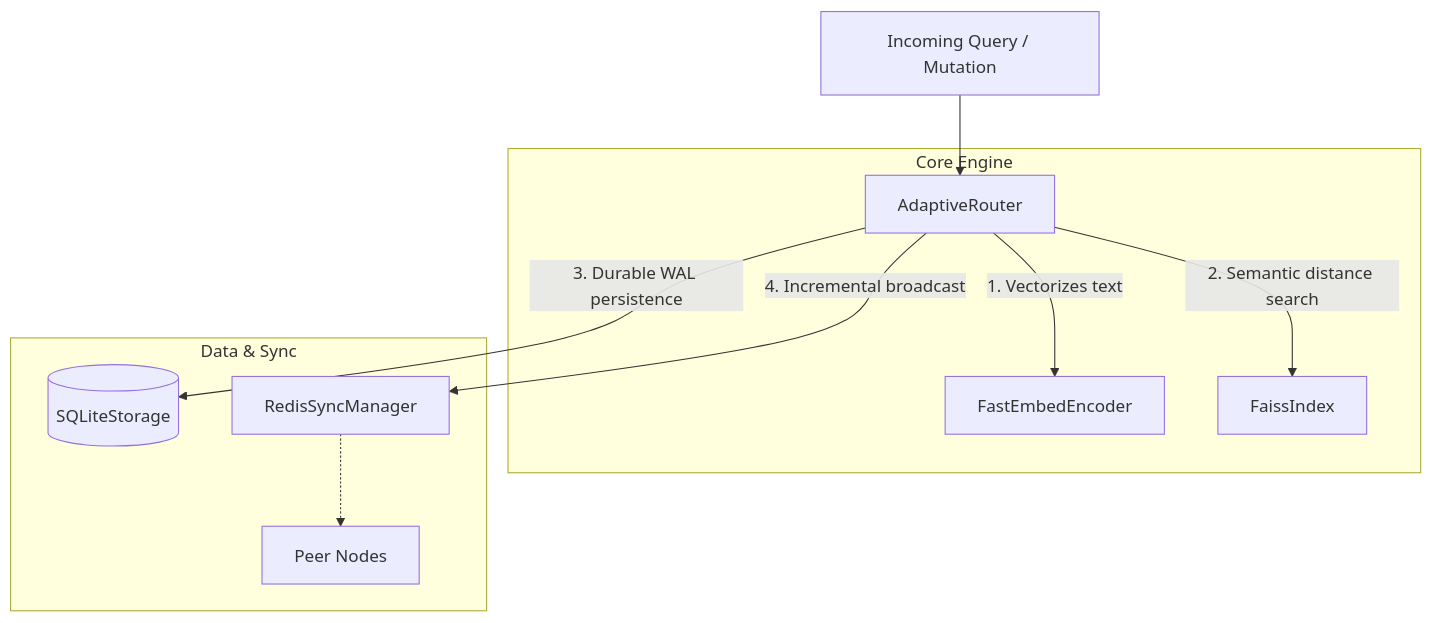
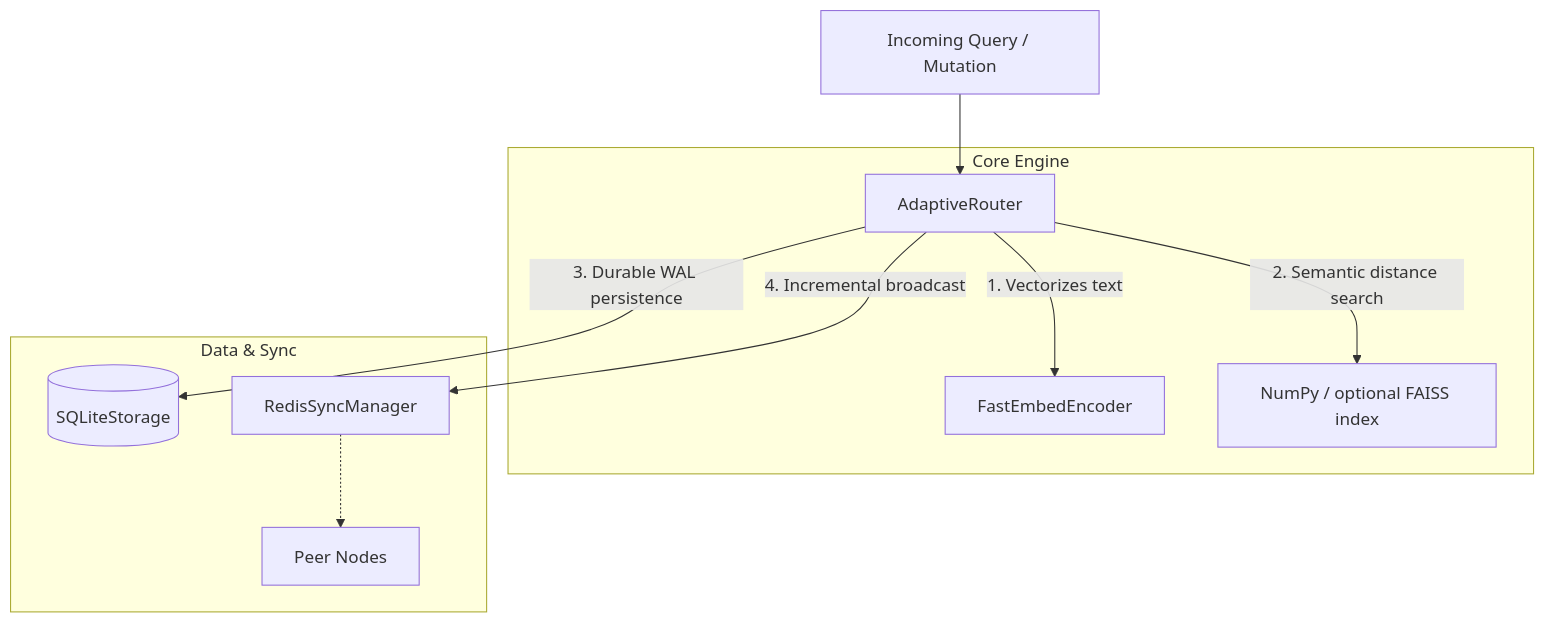
Before and after one commit to sitanshukr08/SynaptoRoute: the diagram in README.md, drawn with Mermaid. The commit also changed other lines of this file and 6 other files, not shown here.

````diff
--- a/README.md
+++ b/README.md
@@ -34,15 +35,15 @@
 ```mermaid
 graph TD
     Client["Incoming Query / Mutation"] --> Router["AdaptiveRouter"]
     
     subgraph Core Engine
         Router -- "1. Vectorizes text" --> Encoder["FastEmbedEncoder"]
-        Router -- "2. Semantic distance search" --> Index["FaissIndex"]
+        Router -- "2. Semantic distance search" --> Index["NumPy / optional FAISS index"]
     end
     
     subgraph Data & Sync
         Router -- "3. Durable WAL persistence" --> Storage[("SQLiteStorage")]
         Router -- "4. Incremental broadcast" --> Sync["RedisSyncManager"]
         Sync -.-> Cluster["Peer Nodes"]
     end
 ```
````
